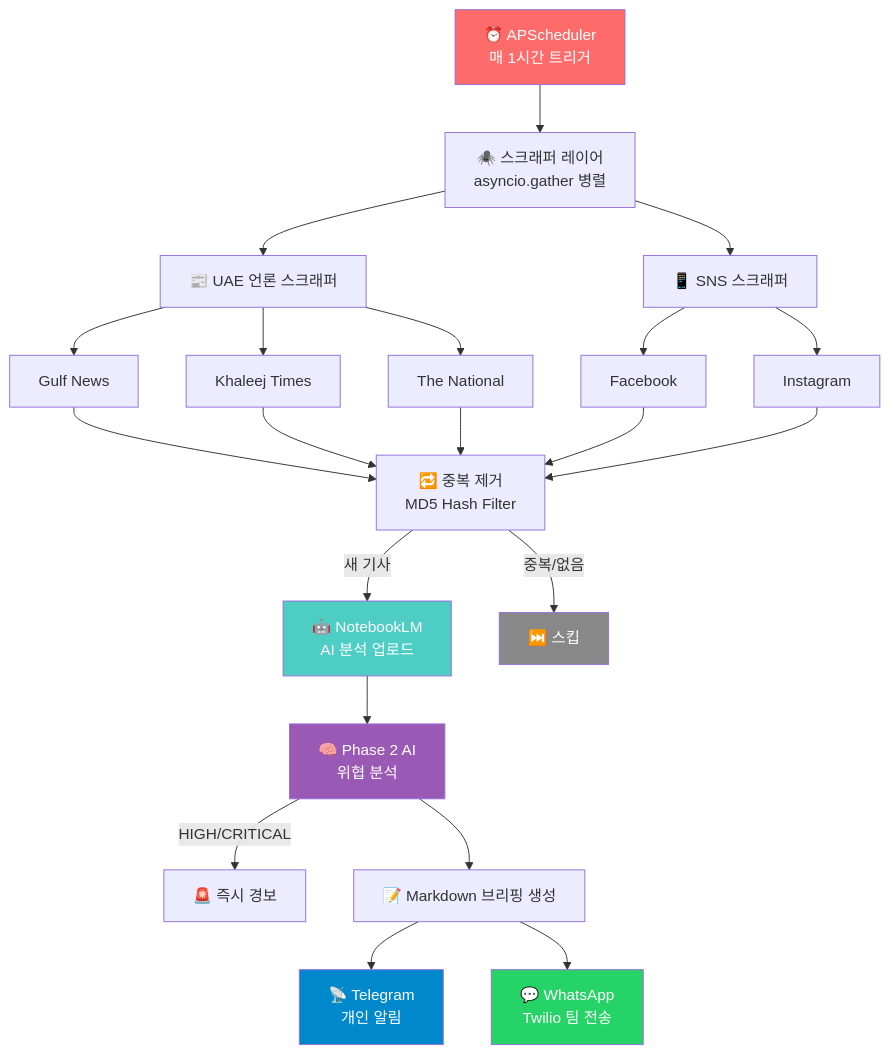
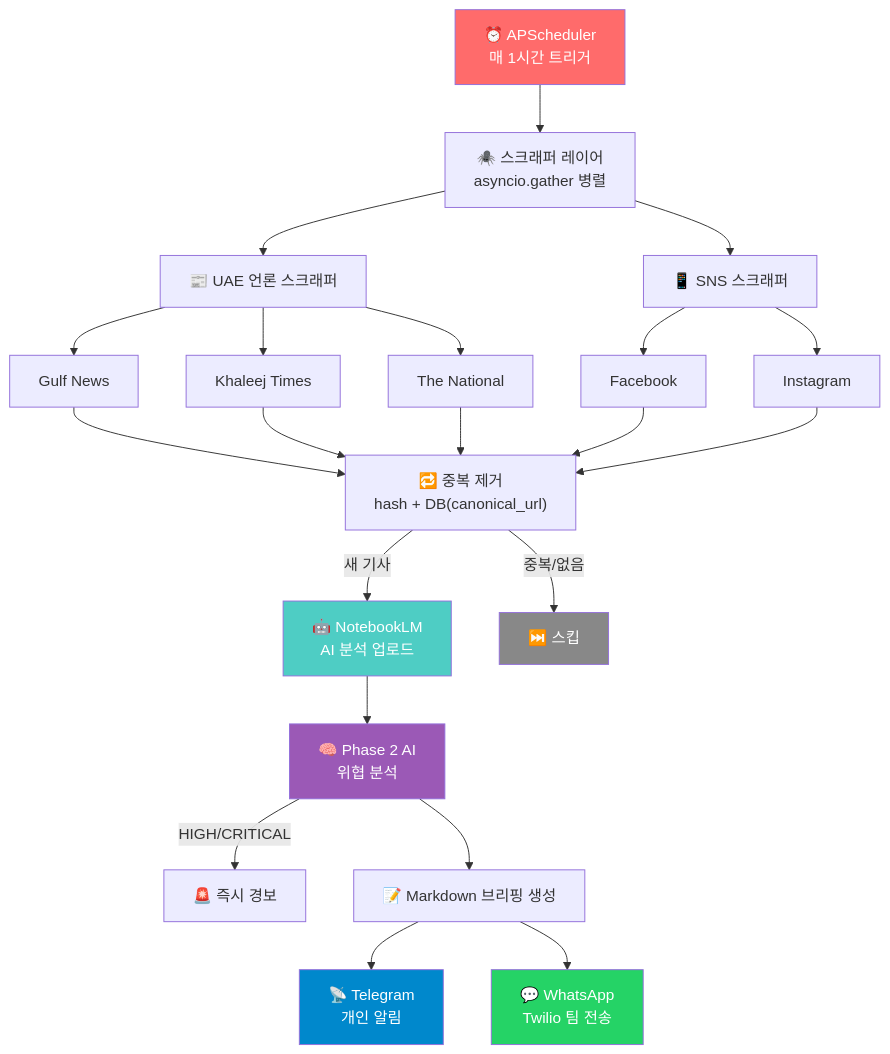
One commit to macho715/iran-war-notelm changed the first of 3 diagrams in README.md. Above: the diagram before and after it, drawn with Mermaid. The commit also changed other lines of this file and 3 other files, not shown here.

Commit message:
docs: sync changelog, readme, architecture, layout for v2.0 operations

````diff
--- a/README.md
+++ b/README.md
@@ -32,32 +34,32 @@
 ```mermaid
 flowchart TD
     A["⏰ APScheduler<br/>매 1시간 트리거"] --> B["🕷️ 스크래퍼 레이어<br/>asyncio.gather 병렬"]
 
     B --> C["📰 UAE 언론 스크래퍼"]
     B --> D["📱 SNS 스크래퍼"]
 
     C --> C1[Gulf News]
     C --> C2[Khaleej Times]
     C --> C3[The National]
     D --> D1[Facebook]
     D --> D2[Instagram]
 
-    C1 & C2 & C3 & D1 & D2 --> E["🔁 중복 제거<br/>MD5 Hash Filter"]
+    C1 & C2 & C3 & D1 & D2 --> E["🔁 중복 제거<br/>hash + DB(canonical_url)"]
 
     E -->|새 기사| F["🤖 NotebookLM<br/>AI 분석 업로드"]
     E -->|중복/없음| Z["⏭️ 스킵"]
 
     F --> P2["🧠 Phase 2 AI<br/>위협 분석"]
     P2 -->|HIGH/CRITICAL| ALERT["🚨 즉시 경보"]
     P2 --> G["📝 Markdown 브리핑 생성"]
 
     G --> H["📡 Telegram<br/>개인 알림"]
     G --> I["💬 WhatsApp<br/>Twilio 팀 전송"]
 
     style A fill:#ff6b6b,color:#fff
     style F fill:#4ecdc4,color:#fff
     style P2 fill:#9b59b6,color:#fff
     style H fill:#0088cc,color:#fff
     style I fill:#25d366,color:#fff
     style Z fill:#888,color:#fff
 ```
````
